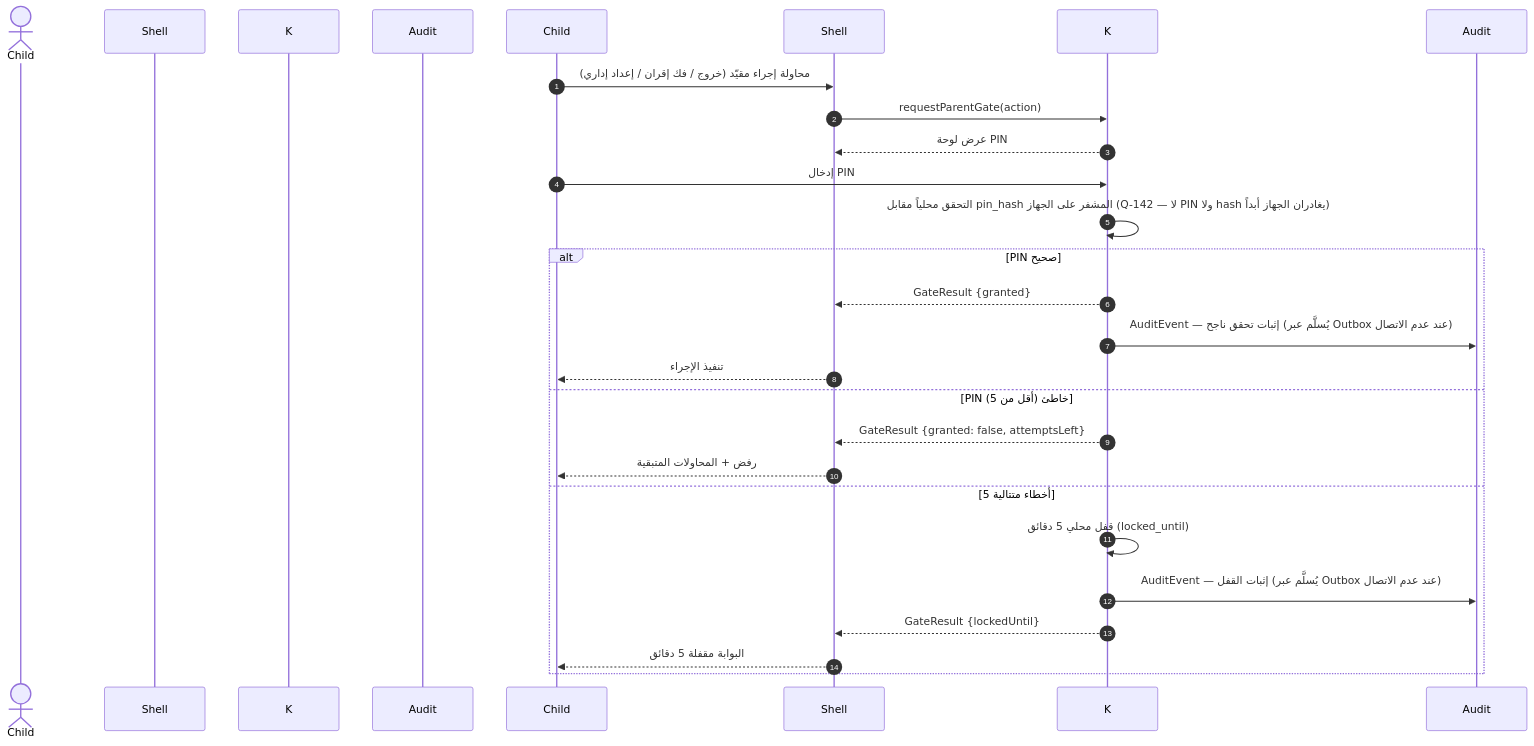
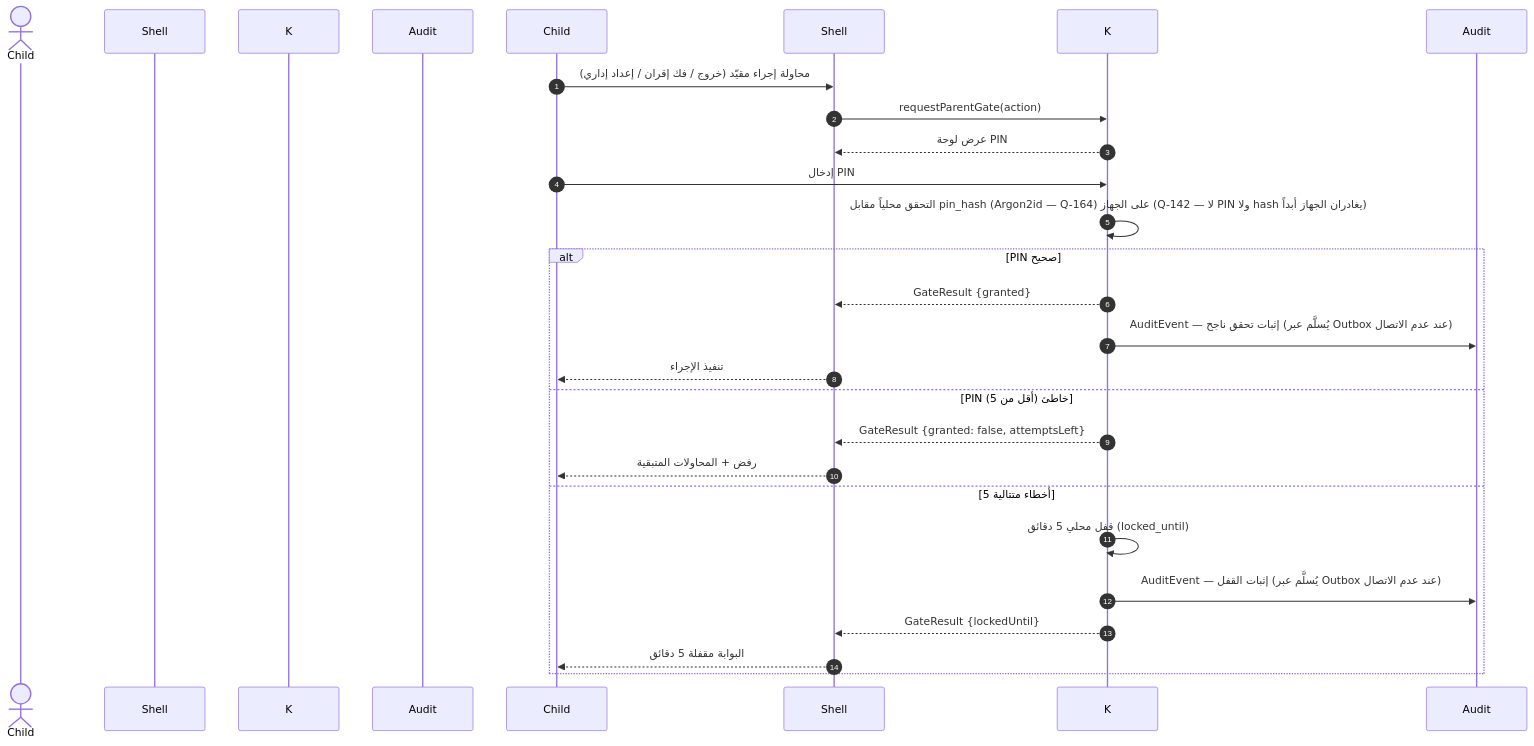
Before and after one commit to Bassam-mohammed-alqaeadi/family-os-v2: the fourth of 9 diagrams in docs/family-os/governance/phases/phase-1/S1-01-app-shell-and-platform/DIAGRAMS.md, drawn with Mermaid. The commit also changed other lines of this file and 9 other files, not shown here.

Commit message:
Q-164: معايير PIN (6 أرقام، Argon2id m=64MiB/t=3/p=1، Keystore) + إثبات التحقق بتحدٍّ من الخادم بمفتاح توقيع جهازي (AUD-001/AUD-002)

````diff
--- a/docs/family-os/governance/phases/phase-1/S1-01-app-shell-and-platform/DIAGRAMS.md
+++ b/docs/family-os/governance/phases/phase-1/S1-01-app-shell-and-platform/DIAGRAMS.md
@@ -161,26 +161,26 @@
 ```mermaid
 sequenceDiagram
     autonumber
     actor الطفل as Child
     participant الغلاف as Shell
     participant Kotlin as K
     participant التدقيق as Audit
     Child->>Shell: محاولة إجراء مقيّد (خروج / فك إقران / إعداد إداري)
     Shell->>K: requestParentGate(action)
     K-->>Shell: عرض لوحة PIN
     Child->>K: إدخال PIN
-    K->>K: التحقق محلياً مقابل pin_hash المشفر على الجهاز (Q-142 — لا PIN ولا hash يغادران الجهاز أبداً)
+    K->>K: التحقق محلياً مقابل pin_hash (Argon2id — Q-164) على الجهاز (Q-142 — لا PIN ولا hash يغادران الجهاز أبداً)
     alt PIN صحيح
         K-->>Shell: GateResult {granted}
         K->>Audit: AuditEvent — إثبات تحقق ناجح (يُسلَّم عبر Outbox عند عدم الاتصال)
         Shell-->>Child: تنفيذ الإجراء
     else PIN خاطئ (أقل من 5)
         K-->>Shell: GateResult {granted: false, attemptsLeft}
         Shell-->>Child: رفض + المحاولات المتبقية
     else 5 أخطاء متتالية
         K->>K: قفل محلي 5 دقائق (locked_until)
         K->>Audit: AuditEvent — إثبات القفل (يُسلَّم عبر Outbox عند عدم الاتصال)
         K-->>Shell: GateResult {lockedUntil}
         Shell-->>Child: البوابة مقفلة 5 دقائق
     end
 ```
````
